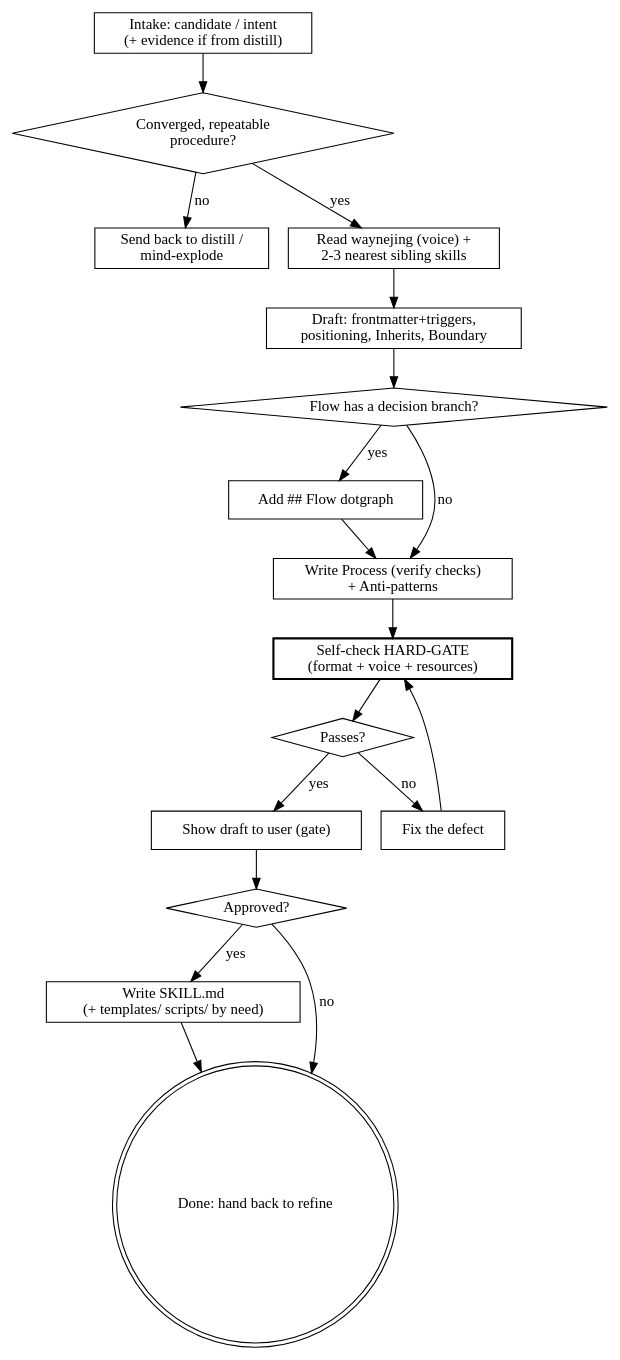
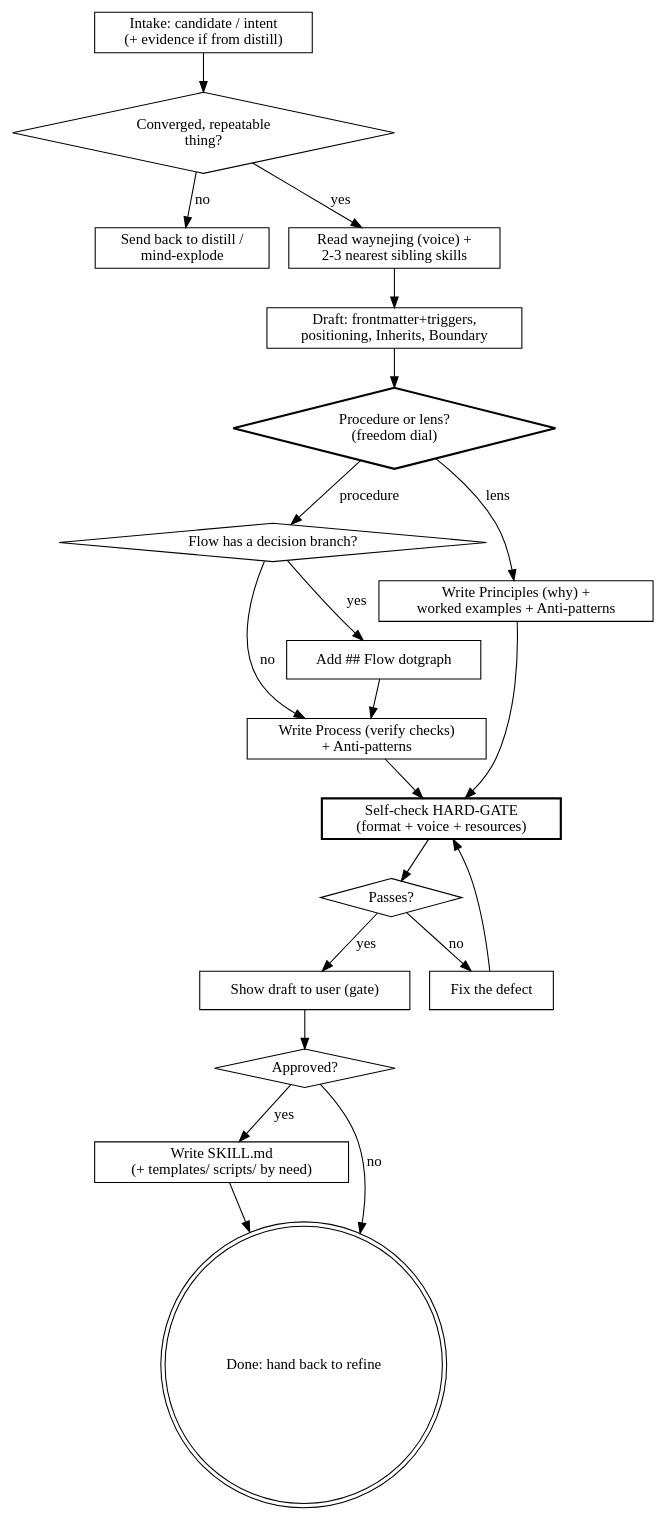
Before and after one commit to waynejing995/wayne-taste: the diagram in wayne-skill-forge/SKILL.md, drawn with Graphviz. The commit also changed other lines of this file and 4 other files, not shown here.

````diff
--- a/wayne-skill-forge/SKILL.md
+++ b/wayne-skill-forge/SKILL.md
@@ -138,39 +170,44 @@
 ```dot
 digraph forge {
     rankdir=TB;
 
     "Intake: candidate / intent\n(+ evidence if from distill)" [shape=box];
-    "Converged, repeatable\nprocedure?" [shape=diamond];
+    "Converged, repeatable\nthing?" [shape=diamond];
     "Send back to distill /\nmind-explode" [shape=box];
     "Read waynejing (voice) +\n2-3 nearest sibling skills" [shape=box];
     "Draft: frontmatter+triggers,\npositioning, Inherits, Boundary" [shape=box];
+    "Procedure or lens?\n(freedom dial)" [shape=diamond, style=bold];
     "Flow has a decision branch?" [shape=diamond];
     "Add ## Flow dotgraph" [shape=box];
     "Write Process (verify checks)\n+ Anti-patterns" [shape=box];
+    "Write Principles (why) +\nworked examples + Anti-patterns" [shape=box];
     "Self-check HARD-GATE\n(format + voice + resources)" [shape=box, style=bold];
     "Passes?" [shape=diamond];
     "Fix the defect" [shape=box];
     "Show draft to user (gate)" [shape=box];
     "Approved?" [shape=diamond];
     "Write SKILL.md\n(+ templates/ scripts/ by need)" [shape=box];
     "Done: hand back to refine" [shape=doublecircle];
 
-    "Intake: candidate / intent\n(+ evidence if from distill)" -> "Converged, repeatable\nprocedure?";
-    "Converged, repeatable\nprocedure?" -> "Send back to distill /\nmind-explode" [label="no"];
-    "Converged, repeatable\nprocedure?" -> "Read waynejing (voice) +\n2-3 nearest sibling skills" [label="yes"];
+    "Intake: candidate / intent\n(+ evidence if from distill)" -> "Converged, repeatable\nthing?";
+    "Converged, repeatable\nthing?" -> "Send back to distill /\nmind-explode" [label="no"];
+    "Converged, repeatable\nthing?" -> "Read waynejing (voice) +\n2-3 nearest sibling skills" [label="yes"];
     "Read waynejing (voice) +\n2-3 nearest sibling skills" -> "Draft: frontmatter+triggers,\npositioning, Inherits, Boundary";
-    "Draft: frontmatter+triggers,\npositioning, Inherits, Boundary" -> "Flow has a decision branch?";
+    "Draft: frontmatter+triggers,\npositioning, Inherits, Boundary" -> "Procedure or lens?\n(freedom dial)";
+    "Procedure or lens?\n(freedom dial)" -> "Flow has a decision branch?" [label="procedure"];
+    "Procedure or lens?\n(freedom dial)" -> "Write Principles (why) +\nworked examples + Anti-patterns" [label="lens"];
     "Flow has a decision branch?" -> "Add ## Flow dotgraph" [label="yes"];
     "Flow has a decision branch?" -> "Write Process (verify checks)\n+ Anti-patterns" [label="no"];
     "Add ## Flow dotgraph" -> "Write Process (verify checks)\n+ Anti-patterns";
     "Write Process (verify checks)\n+ Anti-patterns" -> "Self-check HARD-GATE\n(format + voice + resources)";
+    "Write Principles (why) +\nworked examples + Anti-patterns" -> "Self-check HARD-GATE\n(format + voice + resources)";
     "Self-check HARD-GATE\n(format + voice + resources)" -> "Passes?";
     "Passes?" -> "Fix the defect" [label="no"];
     "Fix the defect" -> "Self-check HARD-GATE\n(format + voice + resources)";
     "Passes?" -> "Show draft to user (gate)" [label="yes"];
     "Show draft to user (gate)" -> "Approved?";
     "Approved?" -> "Write SKILL.md\n(+ templates/ scripts/ by need)" [label="yes"];
     "Approved?" -> "Done: hand back to refine" [label="no"];
     "Write SKILL.md\n(+ templates/ scripts/ by need)" -> "Done: hand back to refine";
 }
 ```
````
